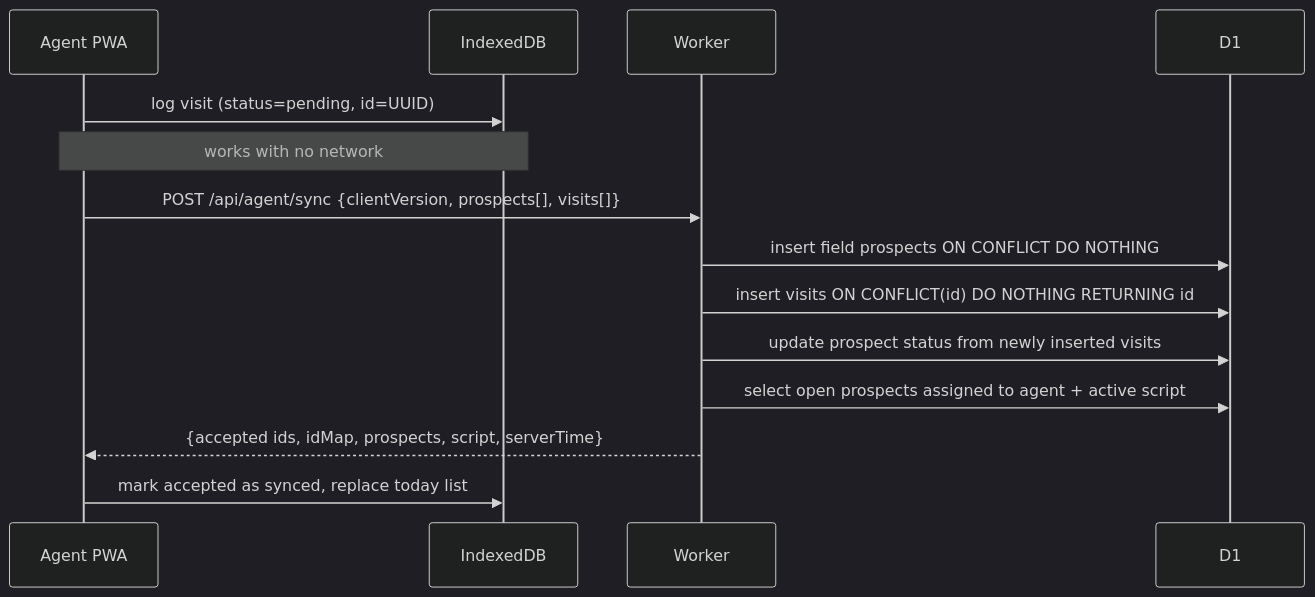
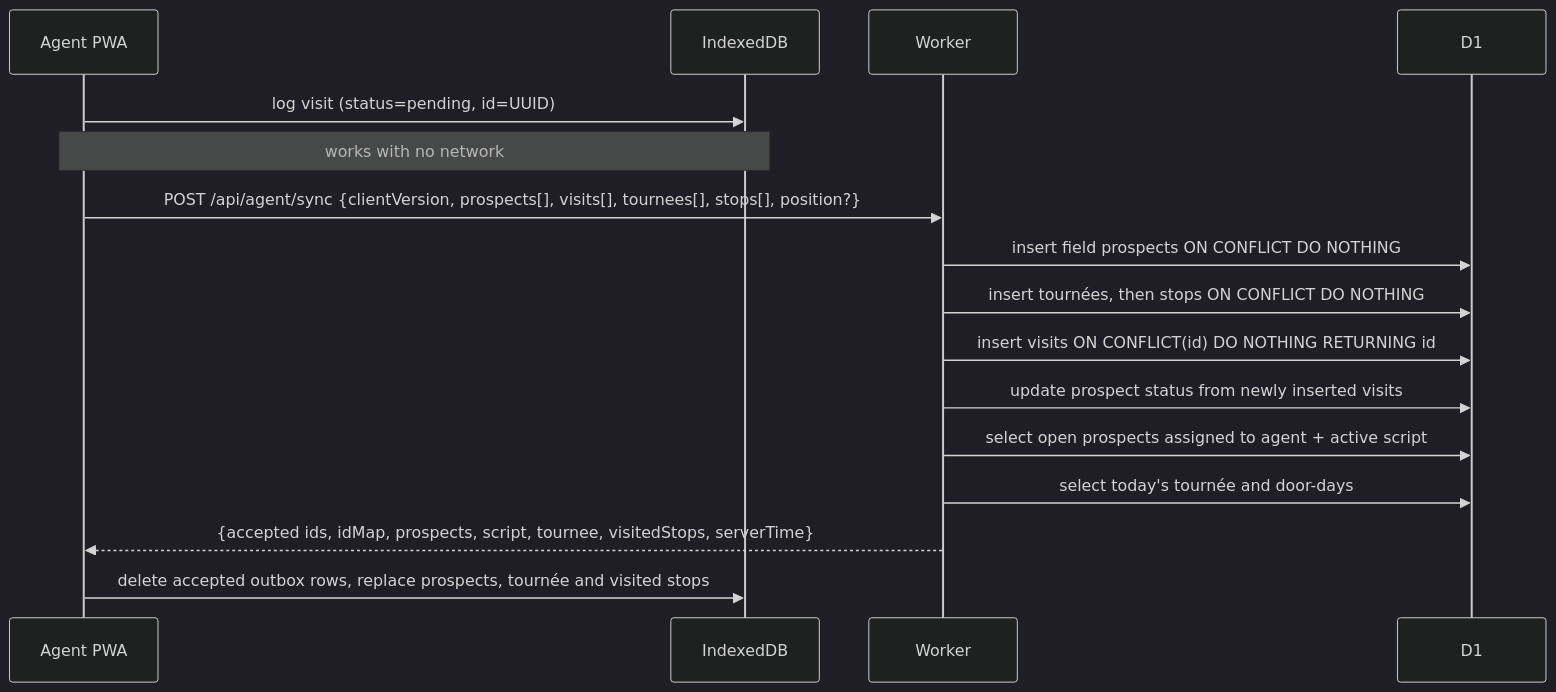
Before and after one commit to FixByteStudio/captain-prospectus: the third of 3 diagrams in docs/architecture.md, drawn with Mermaid (dark theme). The commit also changed other lines of this file and 10 other files, not shown here.

First line of the commit message:
refactor(tournee): sweep the numbered-tournée epic's deferred findings (story 1.13, #509)

````diff
--- a/docs/architecture.md
+++ b/docs/architecture.md
@@ -77,16 +77,18 @@
 ```mermaid
 sequenceDiagram
   participant A as Agent PWA
   participant L as IndexedDB
   participant W as Worker
   participant D as D1
   A->>L: log visit (status=pending, id=UUID)
   Note over A,L: works with no network
-  A->>W: POST /api/agent/sync {clientVersion, prospects[], visits[]}
+  A->>W: POST /api/agent/sync {clientVersion, prospects[], visits[], tournees[], stops[], position?}
   W->>D: insert field prospects ON CONFLICT DO NOTHING
+  W->>D: insert tournées, then stops ON CONFLICT DO NOTHING
   W->>D: insert visits ON CONFLICT(id) DO NOTHING RETURNING id
   W->>D: update prospect status from newly inserted visits
   W->>D: select open prospects assigned to agent + active script
-  W-->>A: {accepted ids, idMap, prospects, script, serverTime}
-  A->>L: mark accepted as synced, replace today list
+  W->>D: select today's tournée and door-days
+  W-->>A: {accepted ids, idMap, prospects, script, tournee, visitedStops, serverTime}
+  A->>L: delete accepted outbox rows, replace prospects, tournée and visited stops
 ```
````
